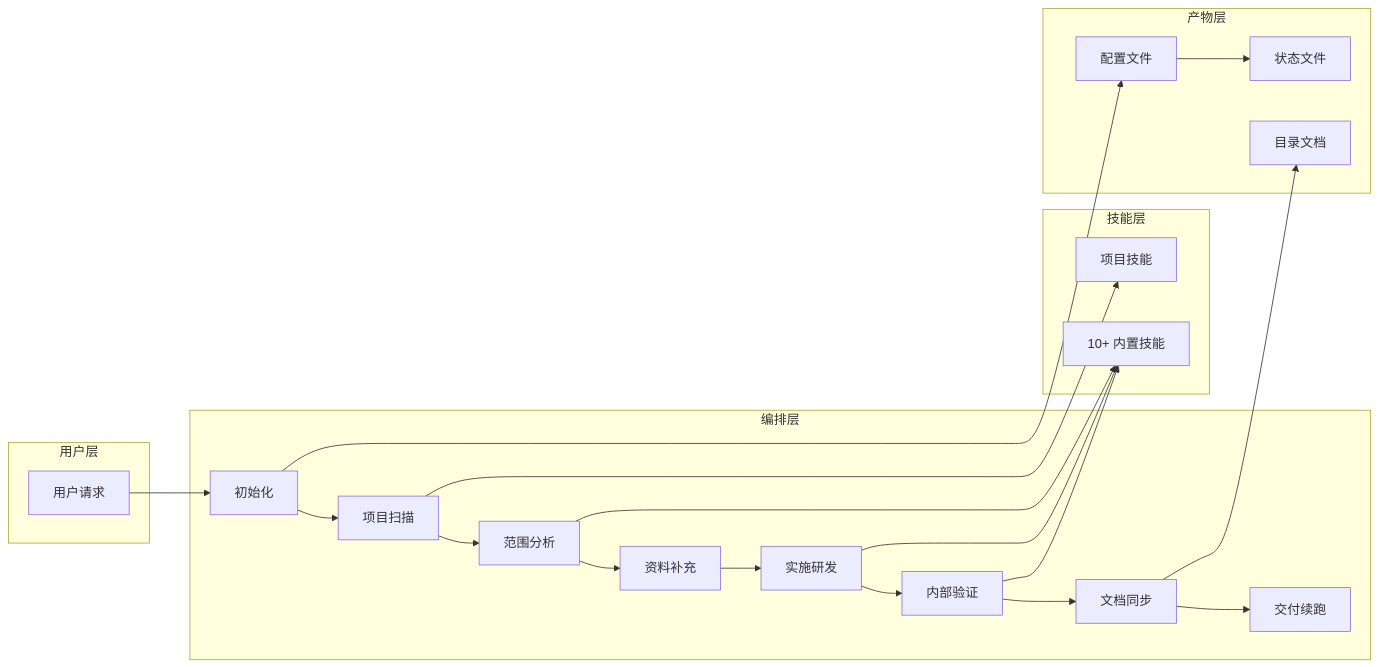
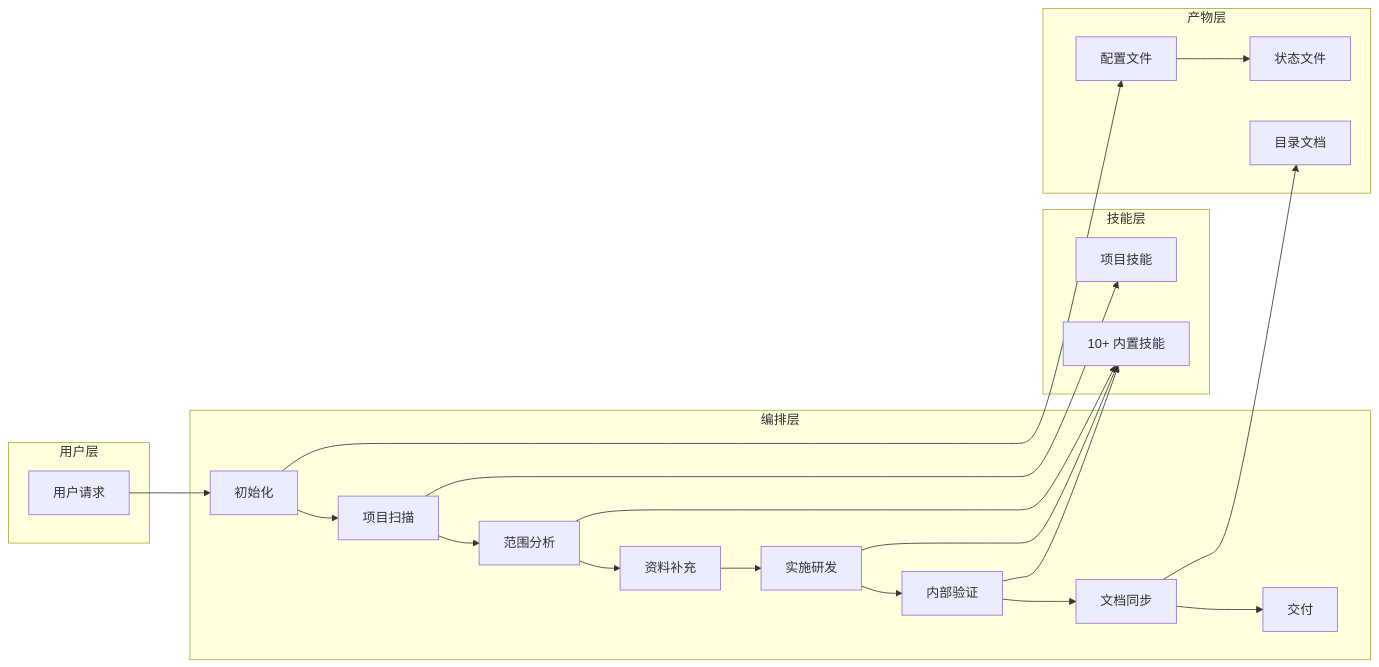
The first of 2 diagrams in README.md (vlinr/frontend-workmate), drawn with Mermaid before and after one commit. The commit also changed other lines of this file and 36 other files, not shown here.

````diff
--- a/README.md
+++ b/README.md
@@ -19,37 +61,37 @@
 ```mermaid
 flowchart LR
     subgraph "用户层"
         U[用户请求]
     end
     
     subgraph "编排层"
         S0[初始化]
         S1[项目扫描]
         S2[范围分析]
         S4[资料补充]
         S5[实施研发]
         S6[内部验证]
         S7[文档同步]
-        S8[交付续跑]
+        S8[交付]
     end
     
     subgraph "技能层"
         SK[10+ 内置技能]
         PS[项目技能]
     end
     
     subgraph "产物层"
         CFG[配置文件]
         STATE[状态文件]
         DOC[目录文档]
     end
     
     U --> S0
     S0 --> S1 --> S2 --> S4 --> S5 --> S6 --> S7 --> S8
     S1 --> PS
     S2 --> SK
     S5 --> SK
     S6 --> SK
     S0 --> CFG --> STATE
     S7 --> DOC
 ```
````
